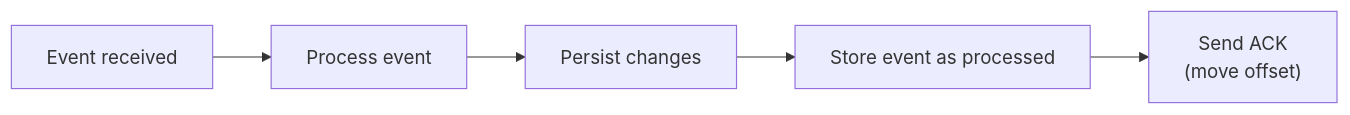
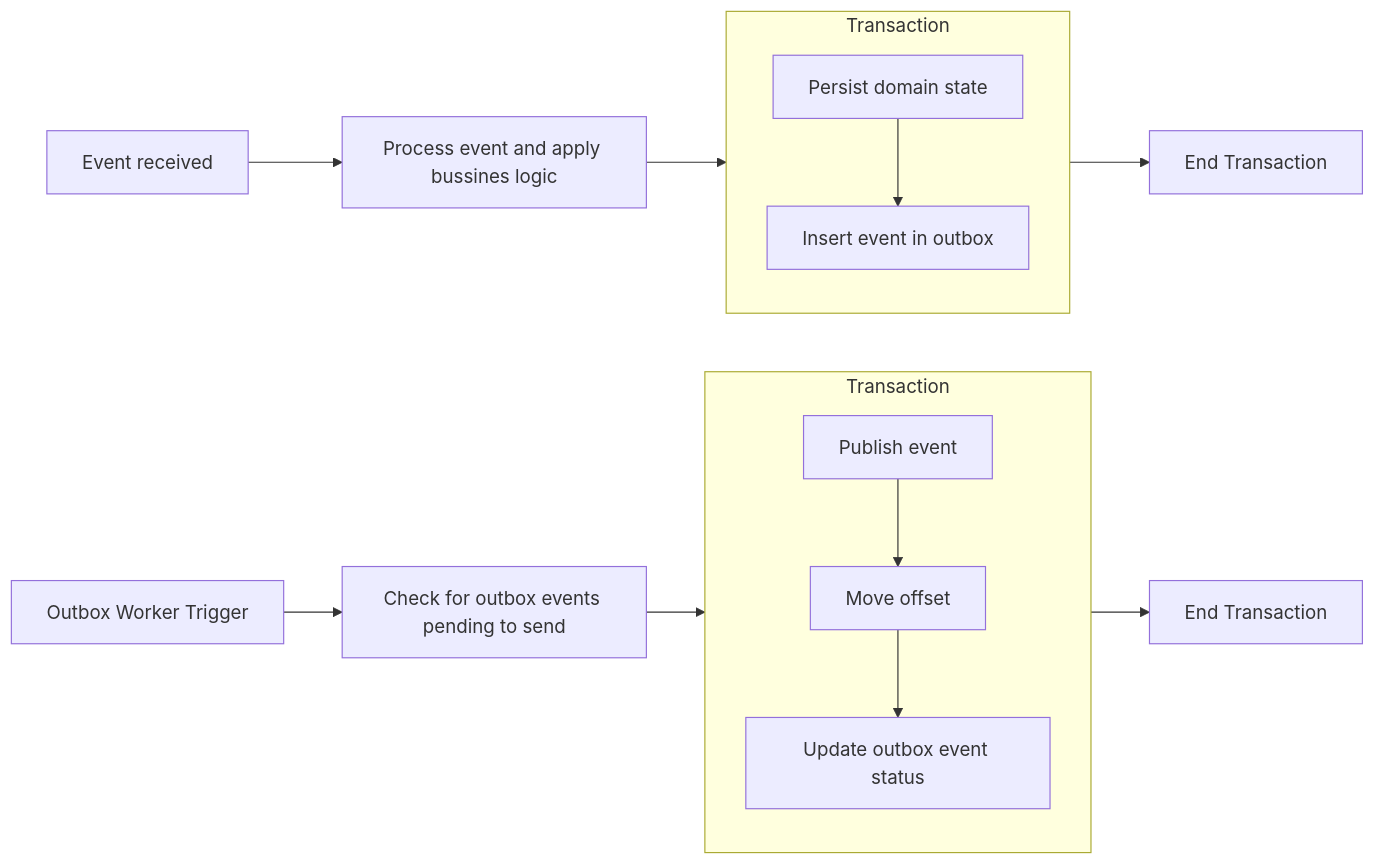
The first of 2 diagrams in pages/software_design/distributed-systems/index.mdx (gdomenech98/blog), drawn with Mermaid before and after one commit. The commit also changed other lines of this file, not shown here.

Commit message:
adds graph

````diff
--- a/pages/software_design/distributed-systems/index.mdx
+++ b/pages/software_design/distributed-systems/index.mdx
@@ -257,8 +299,19 @@
 ```mermaid
 flowchart LR
-    A[Event received] --> B[Process event]
-    B --> C[Persist changes]
-    C --> D[Store event as processed]
-    D --> E["Send ACK\n(move offset)"]
+    A[Event received] --> B[Process event and apply bussines logic]
 
+    subgraph TX[Transaction]
+        C1[Persist domain state] --> C2[Insert event in outbox]
+    end
+
+    B --> TX
+    TX --> C[End Transaction]
+
+    Z[Outbox Worker Trigger] --> Y[Check for outbox events pending to send]
+    Y --> WRKR
+    subgraph WRKR[Transaction]
+        D1["Publish event"] --> D2["Move offset"]
+        D2 --> D3["Update outbox event status"]
+    end
+    WRKR --> X["End Transaction"]
 ```
````
